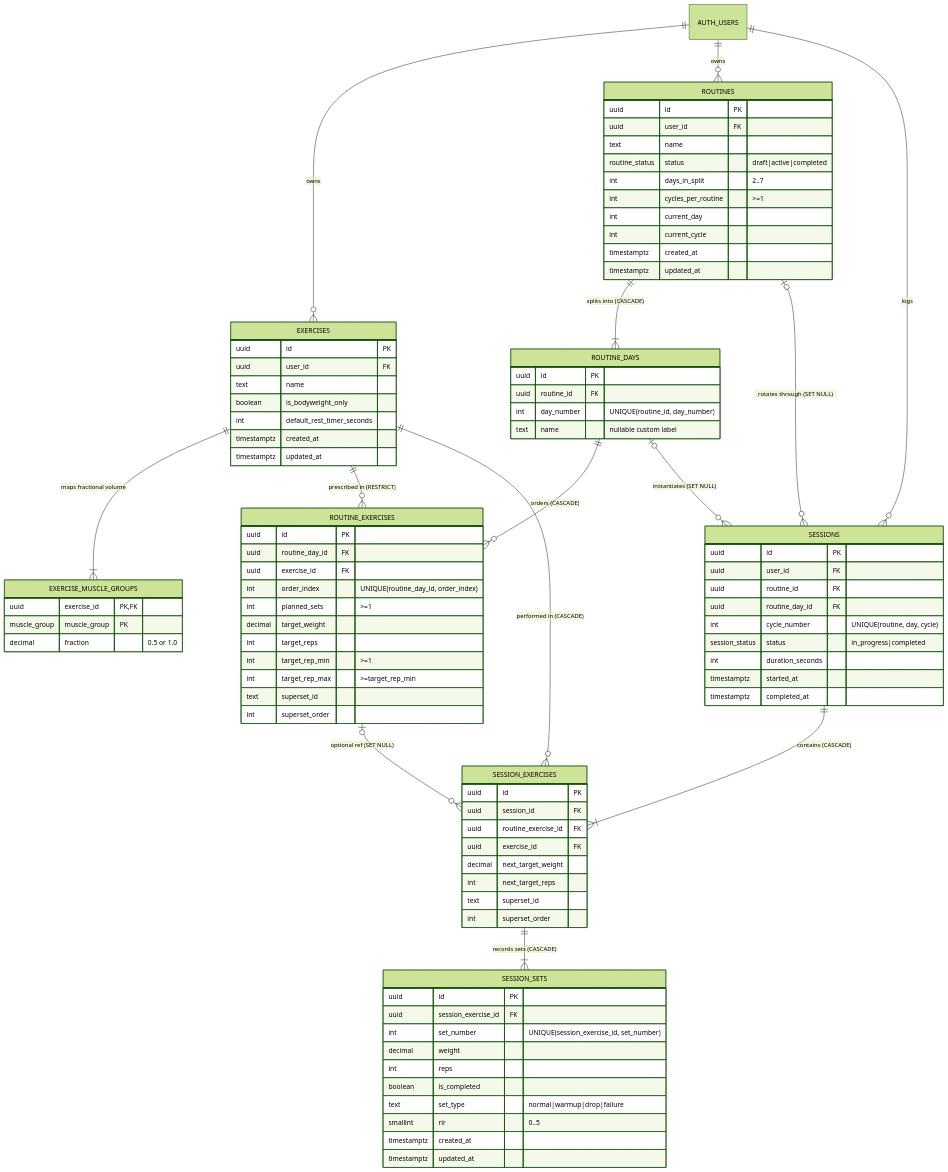
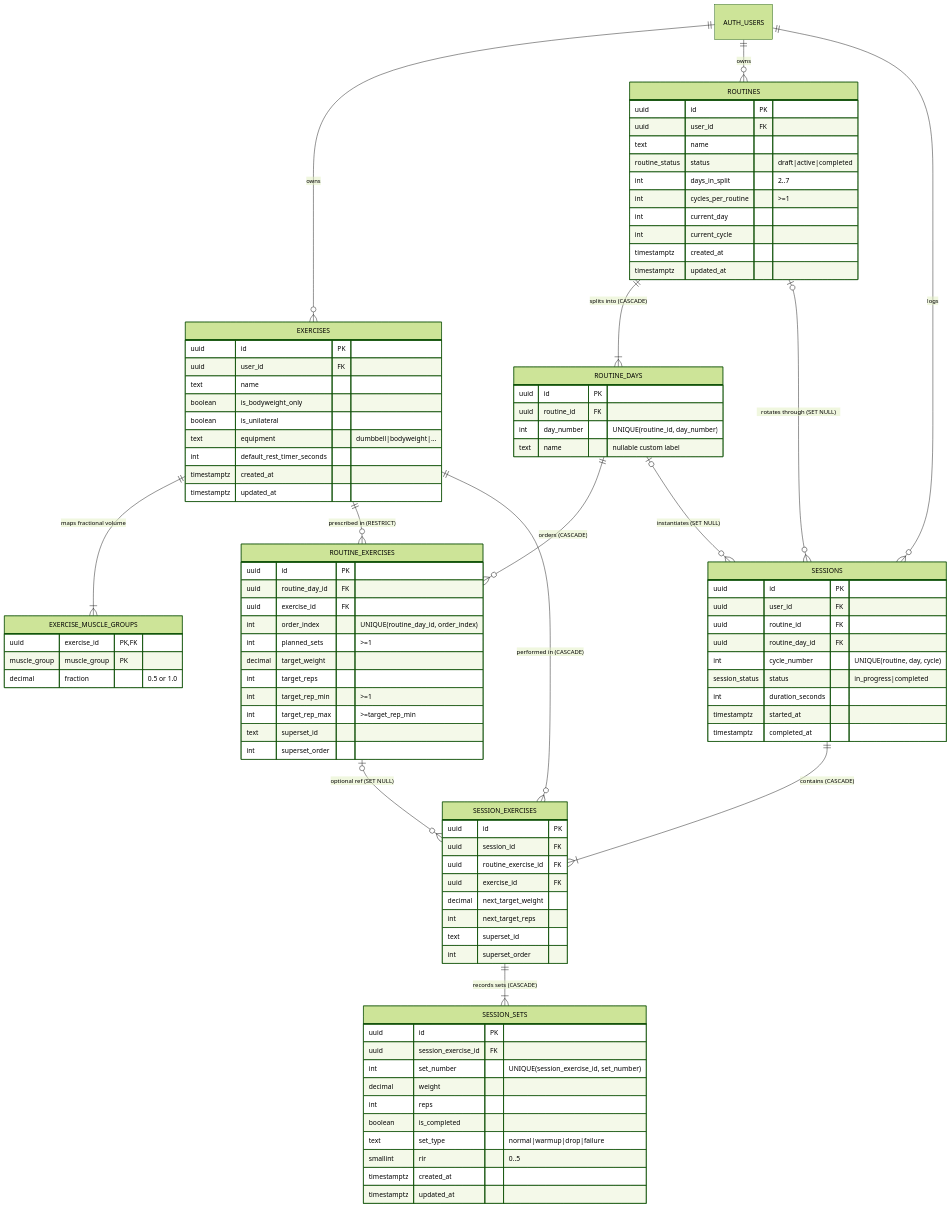
One commit to jablack10716/workout-tracker changed the diagram in docs/reference/02-data-model-and-schema.md. Above: the diagram before and after it, drawn with Mermaid (forest theme). The commit also changed other lines of this file and 27 other files, not shown here.

```diff
--- a/docs/reference/02-data-model-and-schema.md
+++ b/docs/reference/02-data-model-and-schema.md
@@ -201,6 +203,8 @@
         uuid user_id FK
         text name
         boolean is_bodyweight_only
+        boolean is_unilateral
+        text equipment "dumbbell|bodyweight|..."
         int default_rest_timer_seconds
         timestamptz created_at
         timestamptz updated_at
```
